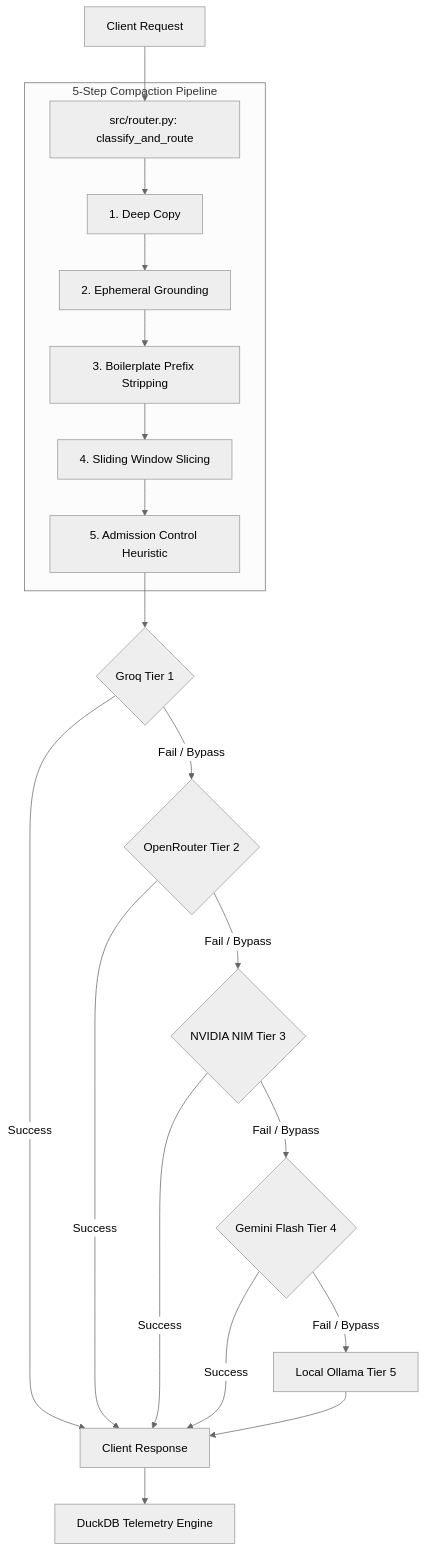
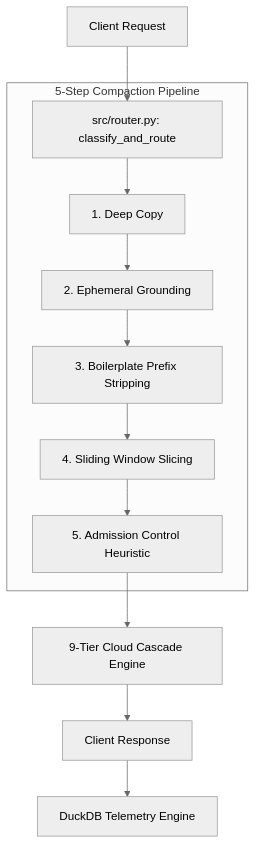
One commit to hitanshuac/hybrid-ai-router changed the second of 2 diagrams in README.md. Above: the diagram before and after it, drawn with Mermaid (neutral theme). The commit also changed 5 other files, not shown here.

Commit message:
SRE: Finalize 9-Tier Cloud Cascade & Update Docs (v3.0.0)

````diff
--- a/README.md
+++ b/README.md
@@ -168,25 +168,17 @@
 ```mermaid
 graph TD
     Client[Client Request] --> Router[src/router.py: classify_and_route]
     
     subgraph Pipeline [5-Step Compaction Pipeline]
         Router --> Step1[1. Deep Copy]
         Step1 --> Step2[2. Ephemeral Grounding]
         Step2 --> Step3[3. Boilerplate Prefix Stripping]
         Step3 --> Step4[4. Sliding Window Slicing]
         Step4 --> Step5[5. Admission Control Heuristic]
     end
     
-    Step5 --> Groq{Groq Tier 1}
-    Groq -- Success --> Return[Client Response]
-    Groq -- Fail / Bypass --> OR{OpenRouter Tier 2}
-    OR -- Success --> Return
-    OR -- Fail / Bypass --> NV{NVIDIA NIM Tier 3}
-    NV -- Success --> Return
-    NV -- Fail / Bypass --> Gemini{Gemini Flash Tier 4}
-    Gemini -- Success --> Return
-    Gemini -- Fail / Bypass --> Ollama[Local Ollama Tier 5]
-    Ollama --> Return
+    Step5 --> Cascade[9-Tier Cloud Cascade Engine]
+    Cascade --> Return[Client Response]
     
     Return --> Telemetry[DuckDB Telemetry Engine]
 ```
````
